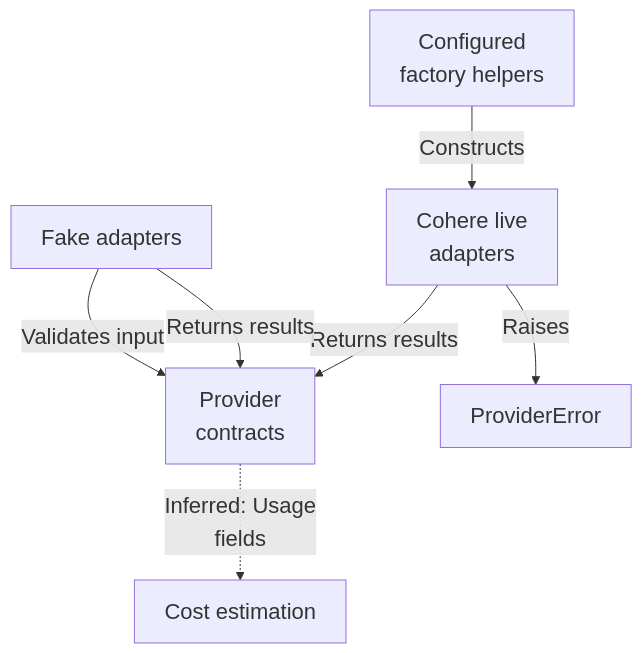
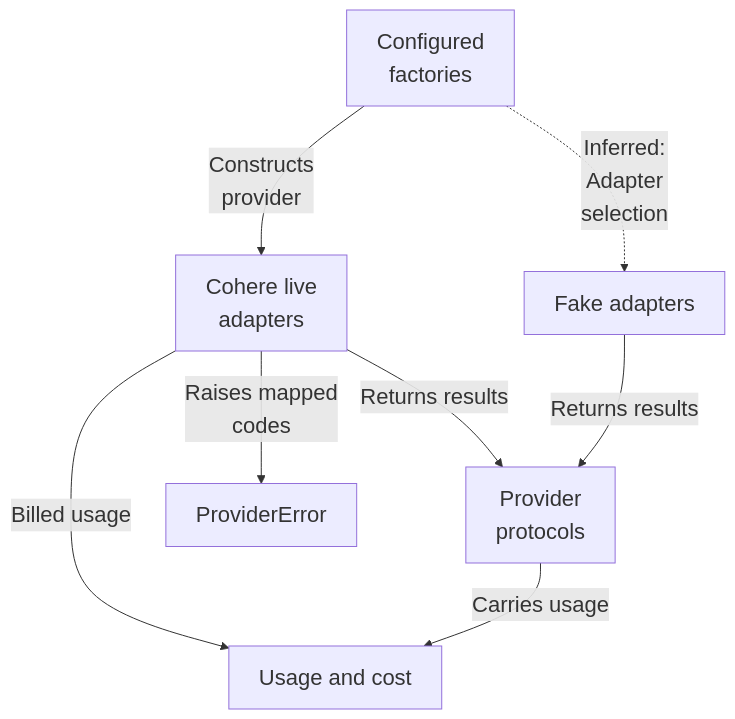
One commit to Justin-Mendoza/Afterclass changed the diagram in maps/answers/diagram-01.mmd. Above: the diagram before and after it, drawn with Mermaid. The commit also changed 83 other files, not shown here.

```diff
--- a/maps/answers/diagram-01.mmd
+++ b/maps/answers/diagram-01.mmd
@@ -1,14 +1,15 @@
 %%{init: {"themeVariables": {"fontSize": "22px"}}}%%
 flowchart TD
-  n0["Configured<br/>factory helpers"]
+  n0["Configured<br/>factories"]
   n1["Cohere live<br/>adapters"]
   n2["Fake adapters"]
-  n3["Provider<br/>contracts"]
+  n3["Provider<br/>protocols"]
   n4["ProviderError"]
-  n5["Cost estimation"]
-  n0 -->|"Constructs"| n1
+  n5["Usage and cost"]
+  n0 -->|"Constructs<br/>provider"| n1
   n1 -->|"Returns results"| n3
   n2 -->|"Returns results"| n3
-  n1 -->|"Raises"| n4
-  n2 -->|"Validates input"| n3
-  n3 -.->|"Inferred: Usage<br/>fields"| n5
+  n1 -->|"Raises mapped<br/>codes"| n4
+  n1 -->|"Billed usage"| n5
+  n3 -->|"Carries usage"| n5
+  n0 -.->|"Inferred:<br/>Adapter<br/>selection"| n2
```
